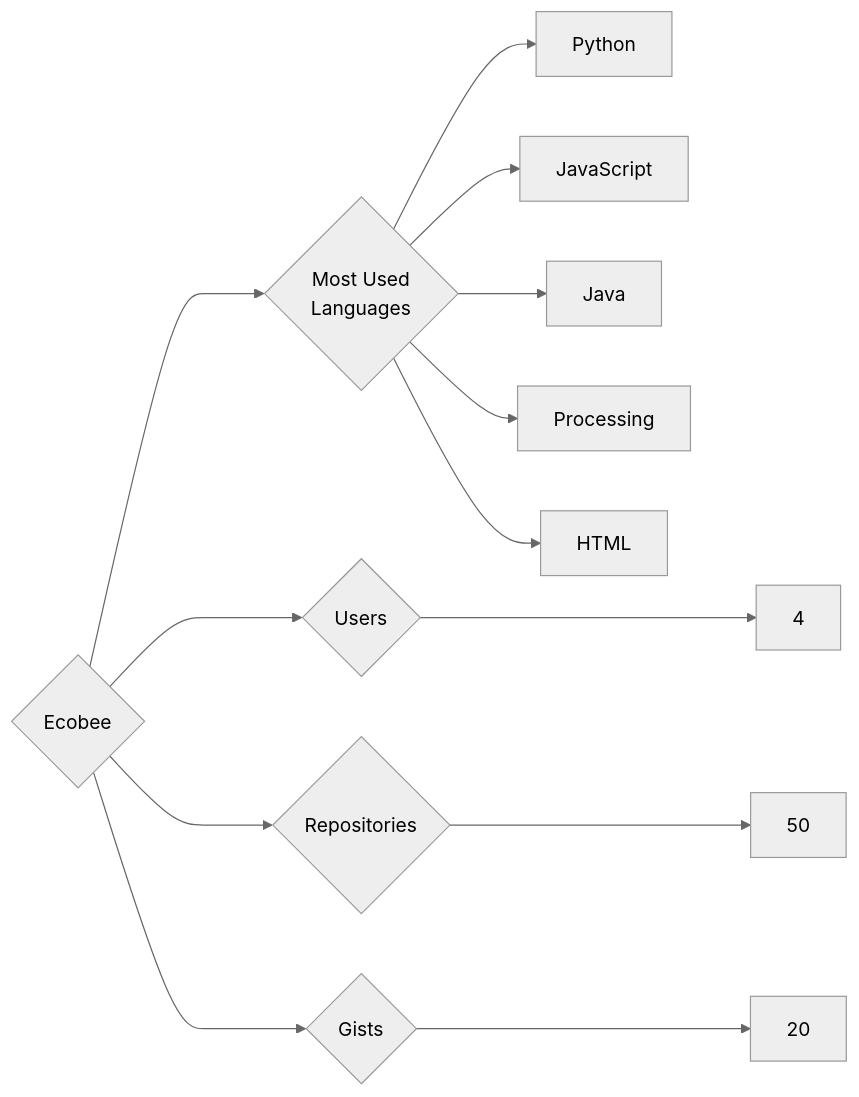
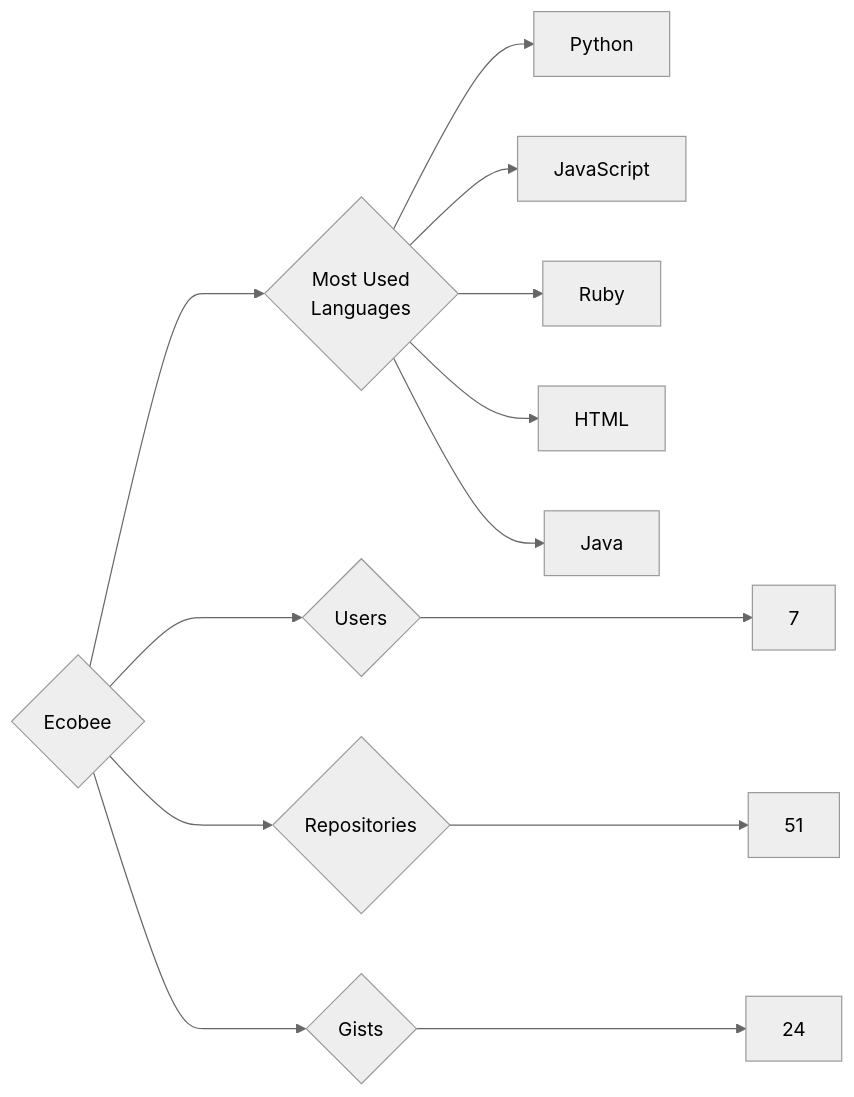
Before and after one commit to trickest/insiders: the diagram in targets/Ecobee/README.md, drawn with Mermaid (neutral theme). The commit also changed 559 other files, not shown here.

````diff
--- a/targets/Ecobee/README.md
+++ b/targets/Ecobee/README.md
@@ -3,13 +3,13 @@
 ```mermaid
 graph LR
 COMPANY_NAME{Ecobee}
-COMPANY_NAME ---> U{Users} ---> UN[4]
-COMPANY_NAME ---> R{Repositories} ---> RN[50]
-COMPANY_NAME ---> G{Gists} ---> GN[20]
+COMPANY_NAME ---> U{Users} ---> UN[7]
+COMPANY_NAME ---> R{Repositories} ---> RN[51]
+COMPANY_NAME ---> G{Gists} ---> GN[24]
 COMPANY_NAME ---> ML{Most Used<br>Languages}
 ML --> Python[Python]
 ML --> JavaScript[JavaScript]
+ML --> Ruby[Ruby]
+ML --> HTML[HTML]
 ML --> Java[Java]
-ML --> Processing[Processing]
-ML --> HTML[HTML]
 ```
````
